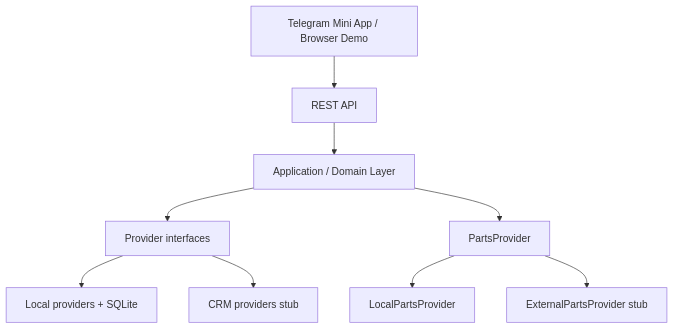
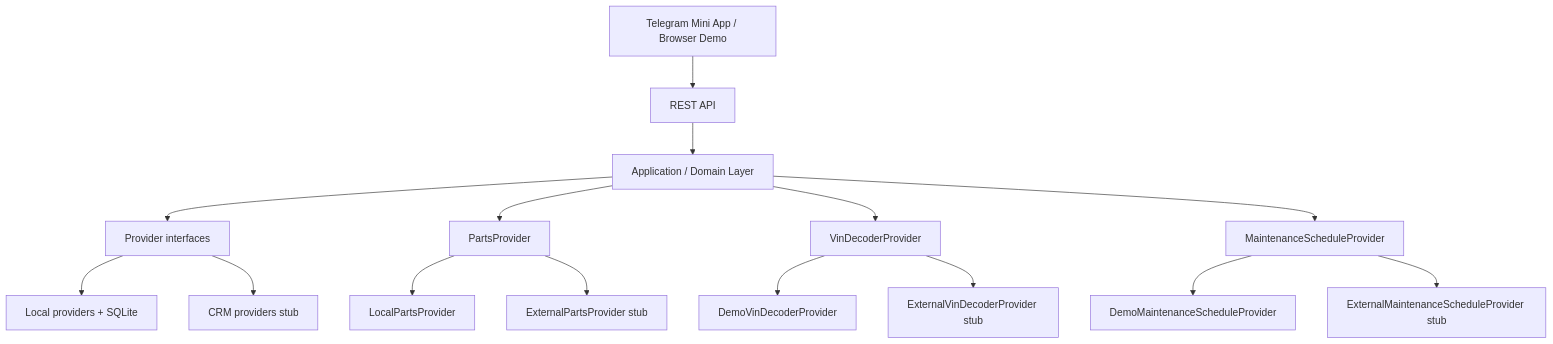
The diagram in README.md (rbabashaikhov/telegram-auto-service-miniapp), drawn with Mermaid before and after one commit. The commit also changed other lines of this file and 39 other files, not shown here.

Commit message:
Close the auto demo loop: VIN/maintenance, next-step CTAs, and partial estimate approval.

````diff
--- a/README.md
+++ b/README.md
@@ -21,11 +21,17 @@
 ```mermaid
 flowchart TD
   UI["Telegram Mini App / Browser Demo"] --> API[REST API]
   API --> APP[Application / Domain Layer]
   APP --> PORTS[Provider interfaces]
   PORTS --> LOCAL[Local providers + SQLite]
   PORTS --> CRM[CRM providers stub]
   APP --> PARTS[PartsProvider]
   PARTS --> LOCALPARTS[LocalPartsProvider]
   PARTS --> EXT[ExternalPartsProvider stub]
+  APP --> VIN[VinDecoderProvider]
+  VIN --> VIND[DemoVinDecoderProvider]
+  VIN --> VINE[ExternalVinDecoderProvider stub]
+  APP --> MAINT[MaintenanceScheduleProvider]
+  MAINT --> MAINTD[DemoMaintenanceScheduleProvider]
+  MAINT --> MAINTE[ExternalMaintenanceScheduleProvider stub]
 ```
````
